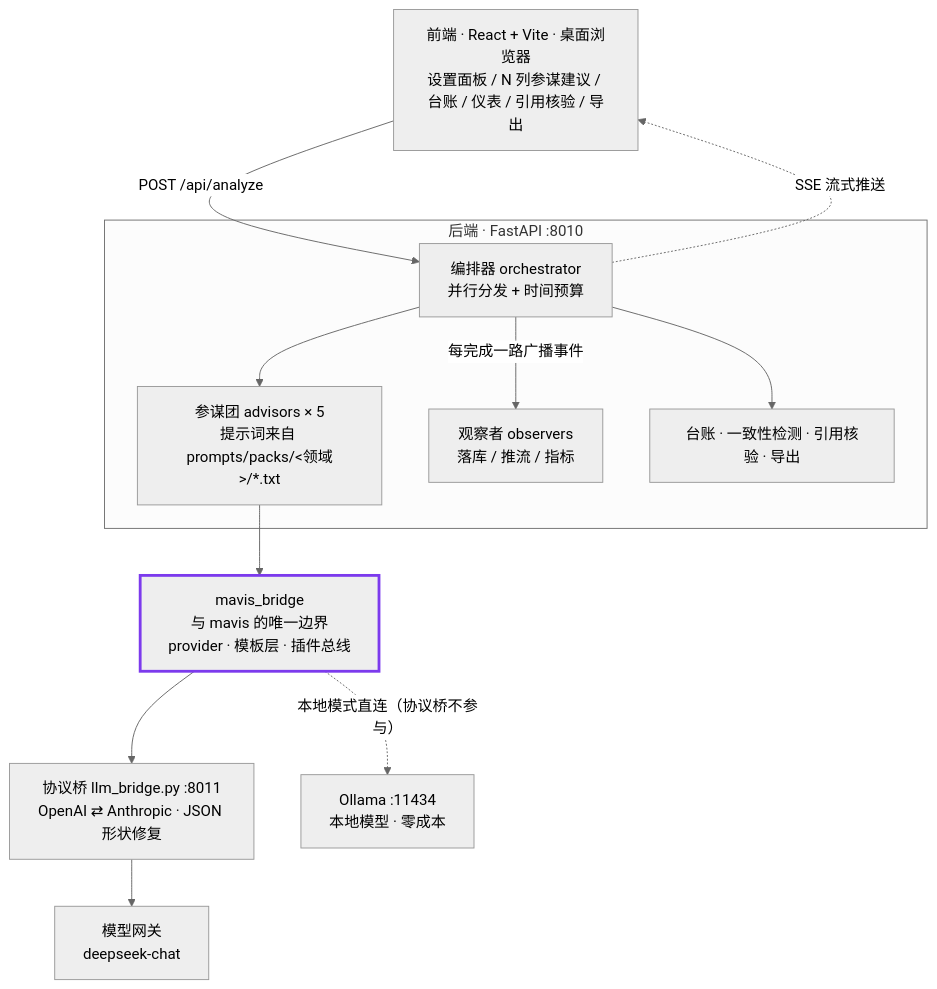
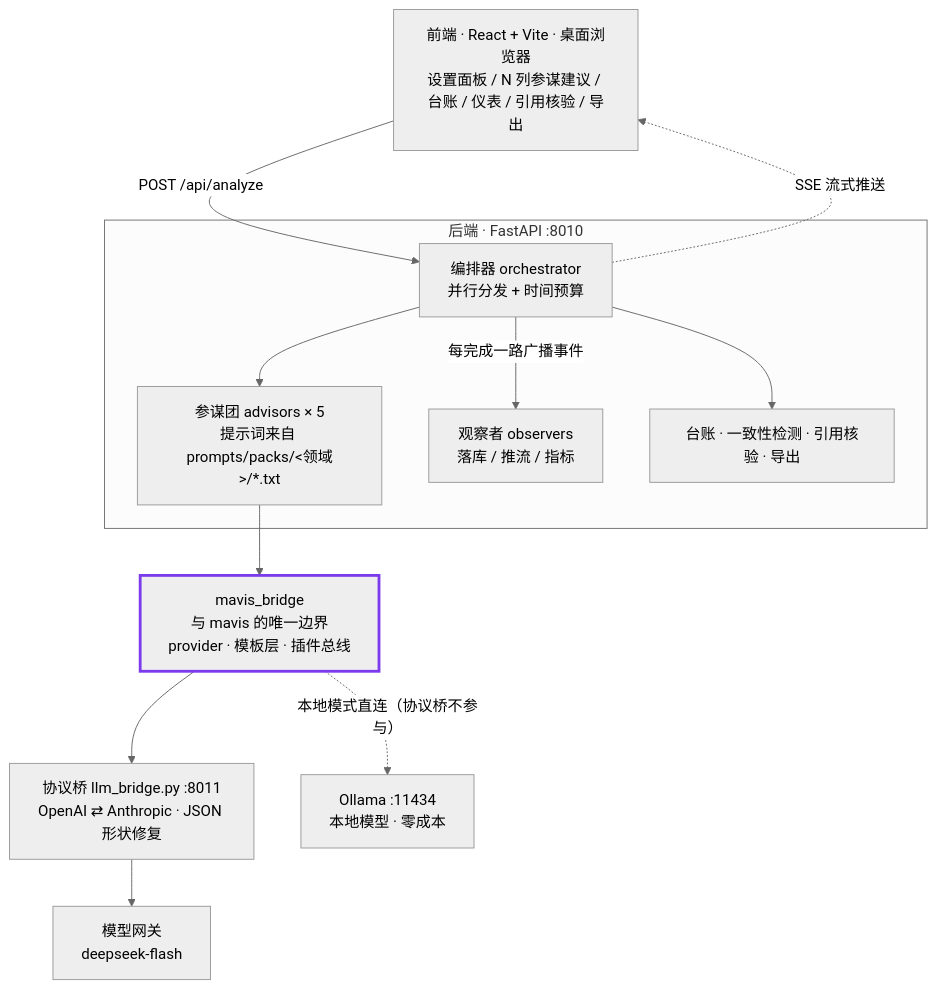
Before and after one commit to hellobs/ai-debater: the diagram in README.md, drawn with Mermaid (neutral theme). The commit also changed other lines of this file and 3 other files, not shown here.

Commit message:
docs: 修正默认模型与挂载式桥的口径（deepseek-flash / 8010/bridge）

````diff
--- a/README.md
+++ b/README.md
@@ -206,29 +206,29 @@
 ```mermaid
 flowchart TB
     FE["前端 · React + Vite · 桌面浏览器<br/>设置面板 / N 列参谋建议 / 台账 / 仪表 / 引用核验 / 导出"]
 
     subgraph BE["后端 · FastAPI :8010"]
         OR["编排器 orchestrator<br/>并行分发 + 时间预算"]
         ADV["参谋团 advisors × 5<br/>提示词来自 prompts/packs/&lt;领域&gt;/*.txt"]
         OBS["观察者 observers<br/>落库 / 推流 / 指标"]
         AUX["台账 · 一致性检测 · 引用核验 · 导出"]
     end
 
     MB["mavis_bridge<br/>与 mavis 的唯一边界<br/>provider · 模板层 · 插件总线"]
     BR["协议桥 llm_bridge.py :8011<br/>OpenAI ⇄ Anthropic · JSON 形状修复"]
-    GW["模型网关<br/>deepseek-chat"]
+    GW["模型网关<br/>deepseek-flash"]
     OL["Ollama :11434<br/>本地模型 · 零成本"]
 
     FE -- "POST /api/analyze" --> OR
     OR -. "SSE 流式推送" .-> FE
     OR --> ADV
     OR -- "每完成一路广播事件" --> OBS
     ADV --> MB
     MB --> BR
     BR --> GW
     MB -. "本地模式直连（协议桥不参与）" .-> OL
     OR --> AUX
 
     classDef mavis stroke:#7c3aed,stroke-width:3px
     class MB mavis
 ```
````
